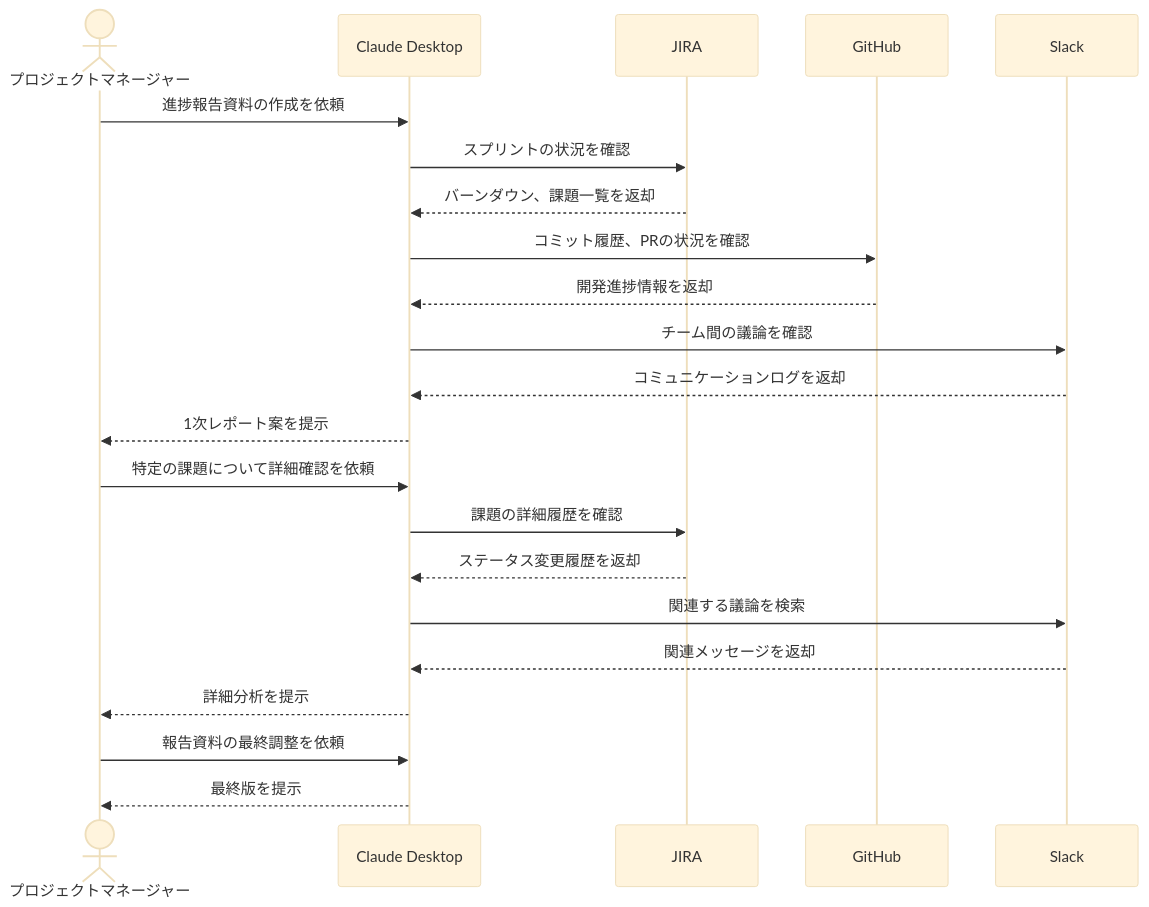
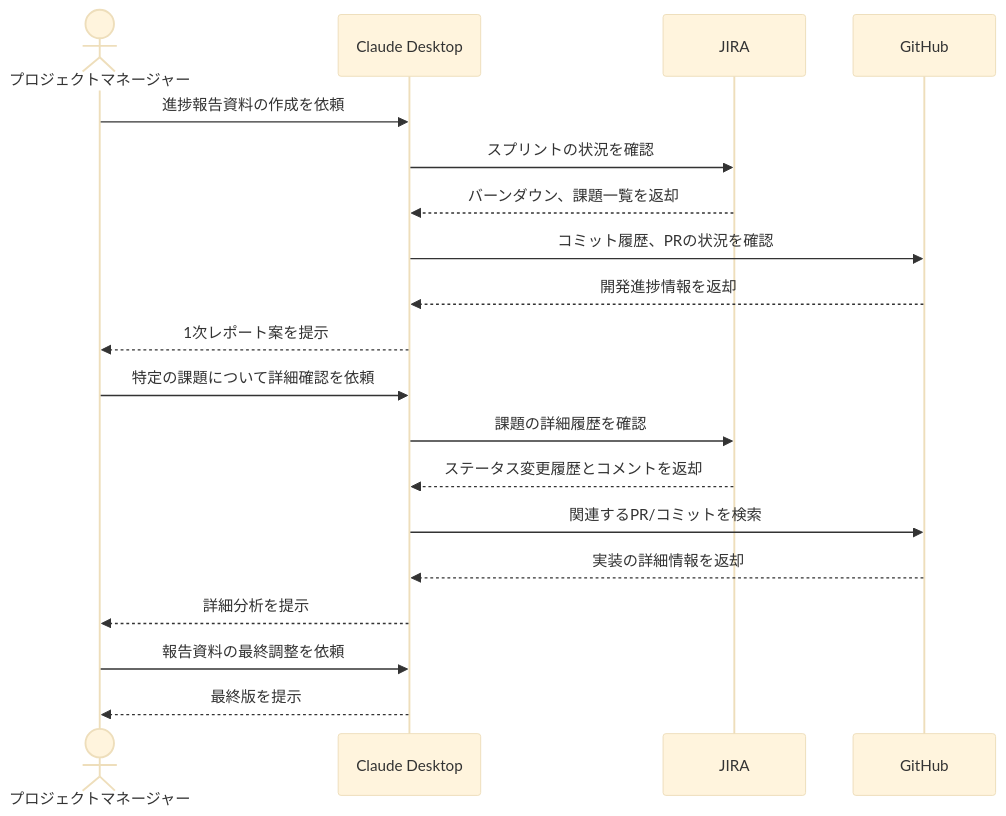
The diagram in docs/03_プロジェクト/JIRAから進捗報告資料を自動生成する.md (po-shu/mcp-100-ideas), drawn with Mermaid (base theme) before and after one commit. The commit also changed other lines of this file and 5 other files, not shown here.

````diff
--- a/docs/03_プロジェクト/JIRAから進捗報告資料を自動生成する.md
+++ b/docs/03_プロジェクト/JIRAから進捗報告資料を自動生成する.md
@@ -20,30 +19,26 @@
 ```mermaid
 sequenceDiagram
     actor PM as プロジェクトマネージャー
     participant Claude as Claude Desktop
     participant JIRA as JIRA
     participant GH as GitHub
-    participant Slack as Slack
 
     PM->>Claude: 進捗報告資料の作成を依頼
     Claude->>JIRA: スプリントの状況を確認
     JIRA-->>Claude: バーンダウン、課題一覧を返却
     
     Claude->>GH: コミット履歴、PRの状況を確認
     GH-->>Claude: 開発進捗情報を返却
     
-    Claude->>Slack: チーム間の議論を確認
-    Slack-->>Claude: コミュニケーションログを返却
-    
     Claude-->>PM: 1次レポート案を提示
     PM->>Claude: 特定の課題について詳細確認を依頼
     
     Claude->>JIRA: 課題の詳細履歴を確認
-    JIRA-->>Claude: ステータス変更履歴を返却
-    Claude->>Slack: 関連する議論を検索
-    Slack-->>Claude: 関連メッセージを返却
+    JIRA-->>Claude: ステータス変更履歴とコメントを返却
+    Claude->>GH: 関連するPR/コミットを検索
+    GH-->>Claude: 実装の詳細情報を返却
     
     Claude-->>PM: 詳細分析を提示
     PM->>Claude: 報告資料の最終調整を依頼
     Claude-->>PM: 最終版を提示
 ```
````
